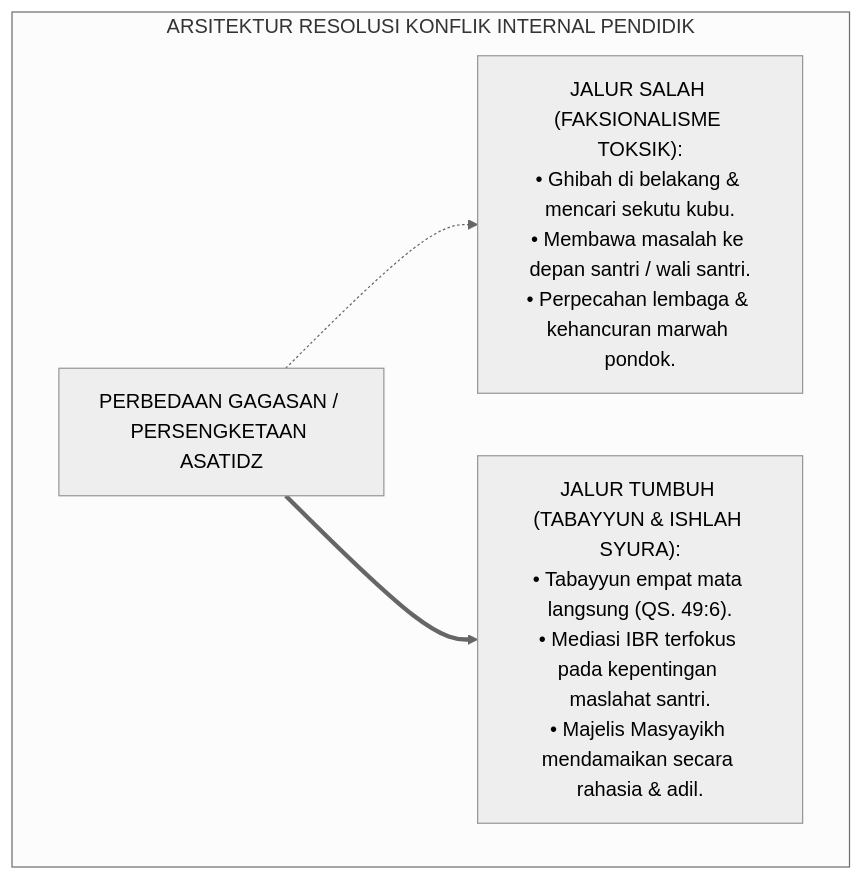
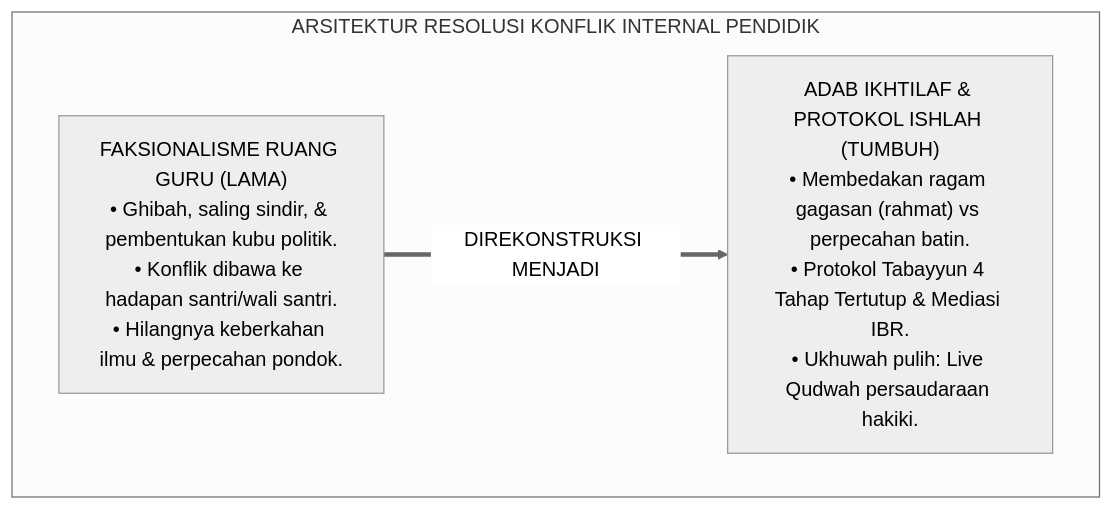
The first of 4 diagrams in 01 Philosophy/05 Leadership/P1-05-06-Manajemen-Resolusi-Konflik-Internal-Asatidz-dan-Syura.md (wandiapriliyandi/tumbuh), drawn with Mermaid (neutral theme) before and after one commit. The commit also changed other lines of this file and 7 other files, not shown here.

````diff
--- a/01 Philosophy/05 Leadership/P1-05-06-Manajemen-Resolusi-Konflik-Internal-Asatidz-dan-Syura.md
+++ b/01 Philosophy/05 Leadership/P1-05-06-Manajemen-Resolusi-Konflik-Internal-Asatidz-dan-Syura.md
@@ -54,13 +56,10 @@
 ```mermaid
 flowchart TD
-    subgraph DinamikaKonflikPendidikTUMBUH["ARSITEKTUR RESOLUSI KONFLIK INTERNAL PENDIDIK"]
-        Perbedaan["PERBEDAAN GAGASAN / PERSENGKETAAN ASATIDZ"]
+    subgraph ArsitekturResolusiKonflikAsatidz["ARSITEKTUR RESOLUSI KONFLIK INTERNAL PENDIDIK"]
+        PolaFaksionalLama["FAKSIONALISME RUANG GURU (LAMA)<br/>• Ghibah, saling sindir, & pembentukan kubu politik.<br/>• Konflik dibawa ke hadapan santri/wali santri.<br/>• Hilangnya keberkahan ilmu & perpecahan pondok."]
         
-        JalurSalah["JALUR SALAH (FAKSIONALISME TOKSIK):<br/>• Ghibah di belakang & mencari sekutu kubu.<br/>• Membawa masalah ke depan santri / wali santri.<br/>• Perpecahan lembaga & kehancuran marwah pondok."]
+        PolaIshlahTUMBUH["ADAB IKHTILAF & PROTOKOL ISHLAH (TUMBUH)<br/>• Membedakan ragam gagasan (rahmat) vs perpecahan batin.<br/>• Protokol Tabayyun 4 Tahap Tertutup & Mediasi IBR.<br/>• Ukhuwah pulih: Live Qudwah persaudaraan hakiki."]
         
-        JalurSyarie["JALUR TUMBUH (TABAYYUN & ISHLAH SYURA):<br/>• Tabayyun empat mata langsung (QS. 49:6).<br/>• Mediasi IBR terfokus pada kepentingan maslahat santri.<br/>• Majelis Masyayikh mendamaikan secara rahasia & adil."]
-        
-        Perbedaan -.-> JalurSalah
-        Perbedaan ==> JalurSyarie
+        PolaFaksionalLama ==>|DIREKONSTRUKSI MENJADI| PolaIshlahTUMBUH
     end
 ```
````
